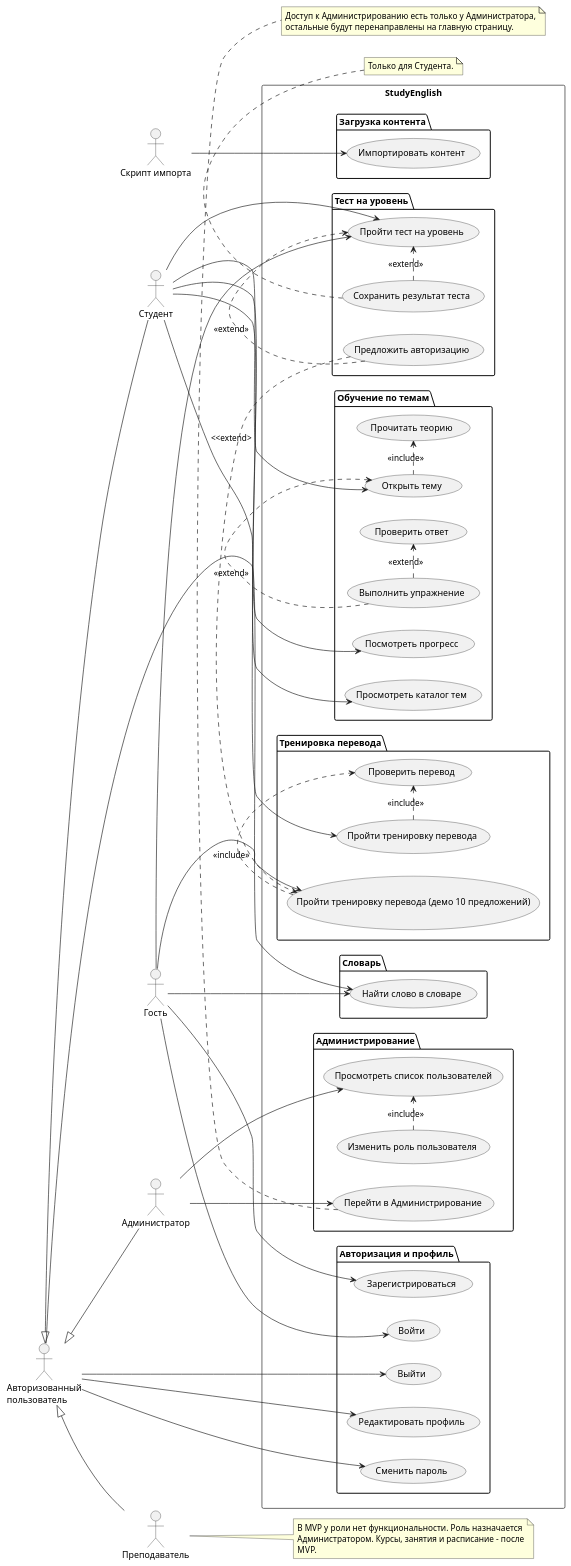
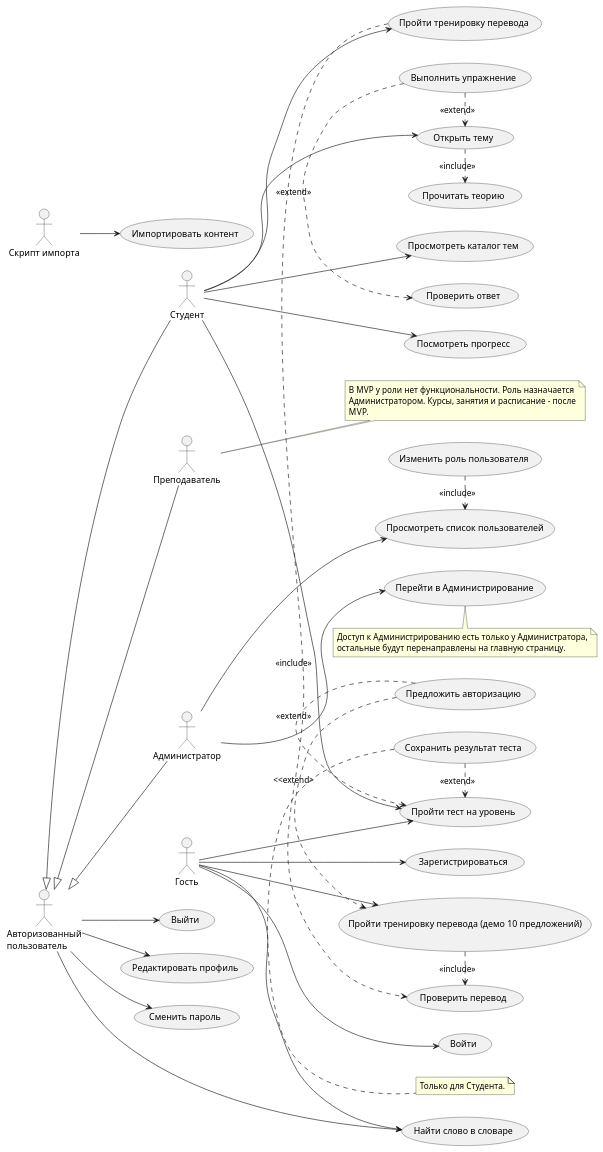
The diagram in docs/diagrams/plantuml/usecases.puml (anufrievalex2006/StudyEnglish), drawn with PlantUML before and after one commit. The commit also changed 1 other file, not shown here.

Commit message:
Перерисовка диаграммы классов в draw.io + правки в юзкейсах

```diff
--- a/docs/diagrams/plantuml/usecases.puml
+++ b/docs/diagrams/plantuml/usecases.puml
@@ -1,128 +1,128 @@
 @startuml UseCases
 left to right direction
 ' skinparam packageStyle rectangle
 
 actor "Гость" as guest
 actor "Студент" as student
 actor "Преподаватель" as teacher
 actor "Администратор" as admin
 actor "Авторизованный\nпользователь" as user
 actor "Скрипт импорта" as importer
 
 user <|-- student
 user <|-- teacher
 user <|-- admin
 
-rectangle "StudyEnglish" {
-    package "Авторизация и профиль" {
-        usecase "Зарегистрироваться" as REGISTER
-        usecase "Войти" as LOGIN
-        usecase "Выйти" as LOGOUT
-        usecase "Редактировать профиль" as EDIT_PROFILE
-        usecase "Сменить пароль" as CHANGE_PASSWORD
-    }
-    package "Словарь" {
-        usecase "Найти слово в словаре" as FIND_WORD
-    }
-    package "Тест на уровень" {
-        usecase "Пройти тест на уровень" as DO_TEST
-        usecase "Сохранить результат теста" as SAVE_TEST
-        usecase "Предложить авторизацию" as OFFER_REG
-    }
-    package "Тренировка перевода" {
-        usecase "Пройти тренировку перевода (демо 10 предложений)" as GUEST_TRAIN
-        usecase "Пройти тренировку перевода" as TRAIN
-        usecase "Проверить перевод" as CHECK_TRANSLATION
-    }
-    package "Обучение по темам" {
-        usecase "Просмотреть каталог тем" as CATALOG
-        usecase "Открыть тему" as TOPIC
-        usecase "Прочитать теорию" as THEORY
-        usecase "Выполнить упражнение" as TASK
-        usecase "Проверить ответ" as CHECK_ANSWER
-        usecase "Посмотреть прогресс" as PROGRESS
-    }
-    package "Администрирование" {
-        usecase "Перейти в Администрирование" as ADMIN
-        usecase "Просмотреть список пользователей" as USERS_LIST
-        usecase "Изменить роль пользователя" as CHANGE_ROLE
-    }
-    package "Загрузка контента" {
-        usecase "Импортировать контент" as IMPORT
-    }
-}
+' rectangle "StudyEnglish" {
+'     package "Авторизация и профиль" {
+'         usecase "Зарегистрироваться" as REGISTER
+'         usecase "Войти" as LOGIN
+'         usecase "Выйти" as LOGOUT
+'         usecase "Редактировать профиль" as EDIT_PROFILE
+'         usecase "Сменить пароль" as CHANGE_PASSWORD
+'     }
+'     package "Словарь" {
+'         usecase "Найти слово в словаре" as FIND_WORD
+'     }
+'     package "Тест на уровень" {
+'         usecase "Пройти тест на уровень" as DO_TEST
+'         usecase "Сохранить результат теста" as SAVE_TEST
+'         usecase "Предложить авторизацию" as OFFER_REG
+'     }
+'     package "Тренировка перевода" {
+'         usecase "Пройти тренировку перевода (демо 10 предложений)" as GUEST_TRAIN
+'         usecase "Пройти тренировку перевода" as TRAIN
+'         usecase "Проверить перевод" as CHECK_TRANSLATION
+'     }
+'     package "Обучение по темам" {
+'         usecase "Просмотреть каталог тем" as CATALOG
+'         usecase "Открыть тему" as TOPIC
+'         usecase "Прочитать теорию" as THEORY
+'         usecase "Выполнить упражнение" as TASK
+'         usecase "Проверить ответ" as CHECK_ANSWER
+'         usecase "Посмотреть прогресс" as PROGRESS
+'     }
+'     package "Администрирование" {
+'         usecase "Перейти в Администрирование" as ADMIN
+'         usecase "Просмотреть список пользователей" as USERS_LIST
+'         usecase "Изменить роль пользователя" as CHANGE_ROLE
+'     }
+'     package "Загрузка контента" {
+'         usecase "Импортировать контент" as IMPORT
+'     }
+' }
 
-' usecase "Зарегистрироваться" as REGISTER
-' usecase "Войти" as LOGIN
-' usecase "Выйти" as LOGOUT
-' usecase "Редактировать профиль" as EDIT_PROFILE
-' usecase "Сменить пароль" as CHANGE_PASSWORD
+usecase "Зарегистрироваться" as REGISTER
+usecase "Войти" as LOGIN
+usecase "Выйти" as LOGOUT
+usecase "Редактировать профиль" as EDIT_PROFILE
+usecase "Сменить пароль" as CHANGE_PASSWORD
 
-' usecase "Найти слово в словаре" as FIND_WORD
+usecase "Найти слово в словаре" as FIND_WORD
 
-' usecase "Пройти тест на уровень" as DO_TEST
-' usecase "Сохранить результат теста" as SAVE_TEST
-' usecase "Предложить авторизацию" as OFFER_REG
+usecase "Пройти тест на уровень" as DO_TEST
+usecase "Сохранить результат теста" as SAVE_TEST
+usecase "Предложить авторизацию" as OFFER_REG
 
-' usecase "Пройти тренировку перевода (демо 10 предложений)" as GUEST_TRAIN
-' usecase "Пройти тренировку перевода" as TRAIN
-' usecase "Проверить перевод" as CHECK_TRANSLATION
+usecase "Пройти тренировку перевода (демо 10 предложений)" as GUEST_TRAIN
+usecase "Пройти тренировку перевода" as TRAIN
+usecase "Проверить перевод" as CHECK_TRANSLATION
 
-' usecase "Просмотреть каталог тем" as CATALOG
-' usecase "Открыть тему" as TOPIC
-' usecase "Прочитать теорию" as THEORY
-' usecase "Выполнить упражнение" as TASK
-' usecase "Проверить ответ" as CHECK_ANSWER
-' usecase "Посмотреть прогресс" as PROGRESS
+usecase "Просмотреть каталог тем" as CATALOG
+usecase "Открыть тему" as TOPIC
+usecase "Прочитать теорию" as THEORY
+usecase "Выполнить упражнение" as TASK
+usecase "Проверить ответ" as CHECK_ANSWER
+usecase "Посмотреть прогресс" as PROGRESS
 
-' usecase "Перейти в Администрирование" as ADMIN
-' usecase "Просмотреть список пользователей" as USERS_LIST
-' usecase "Изменить роль пользователя" as CHANGE_ROLE
+usecase "Перейти в Администрирование" as ADMIN
+usecase "Просмотреть список пользователей" as USERS_LIST
+usecase "Изменить роль пользователя" as CHANGE_ROLE
 
-' usecase "Импортировать контент" as IMPORT
+usecase "Импортировать контент" as IMPORT
 
 guest --> REGISTER
 guest --> LOGIN
 guest --> FIND_WORD
 guest --> DO_TEST
 guest --> GUEST_TRAIN
 
 user --> LOGOUT
 user --> EDIT_PROFILE
 user --> CHANGE_PASSWORD
 user --> FIND_WORD
 
 student --> DO_TEST
 student --> TRAIN
 student --> CATALOG
 student --> TOPIC
 student --> PROGRESS
 
 admin --> ADMIN
 admin --> USERS_LIST
 
 importer --> IMPORT
 
 OFFER_REG .> DO_TEST : <<extend>>
 OFFER_REG .> GUEST_TRAIN : <<extend>
 SAVE_TEST .> DO_TEST : <<extend>>
 GUEST_TRAIN .> CHECK_TRANSLATION : <<include>>
 TRAIN .> CHECK_TRANSLATION : <<include>>
 TOPIC .> THEORY : <<include>>
 TASK .> TOPIC : <<extend>>
 TASK .> CHECK_ANSWER : <<extend>>
 CHANGE_ROLE .> USERS_LIST : <<include>>
 
 note right of teacher
     В MVP у роли нет функциональности. Роль назначается
     Администратором. Курсы, занятия и расписание - после
     MVP.
 end note
 note bottom of SAVE_TEST
     Только для Студента.
 end note
 note bottom of ADMIN
     Доступ к Администрированию есть только у Администратора,
     остальные будут перенаправлены на главную страницу.
 end note
 @enduml
```
